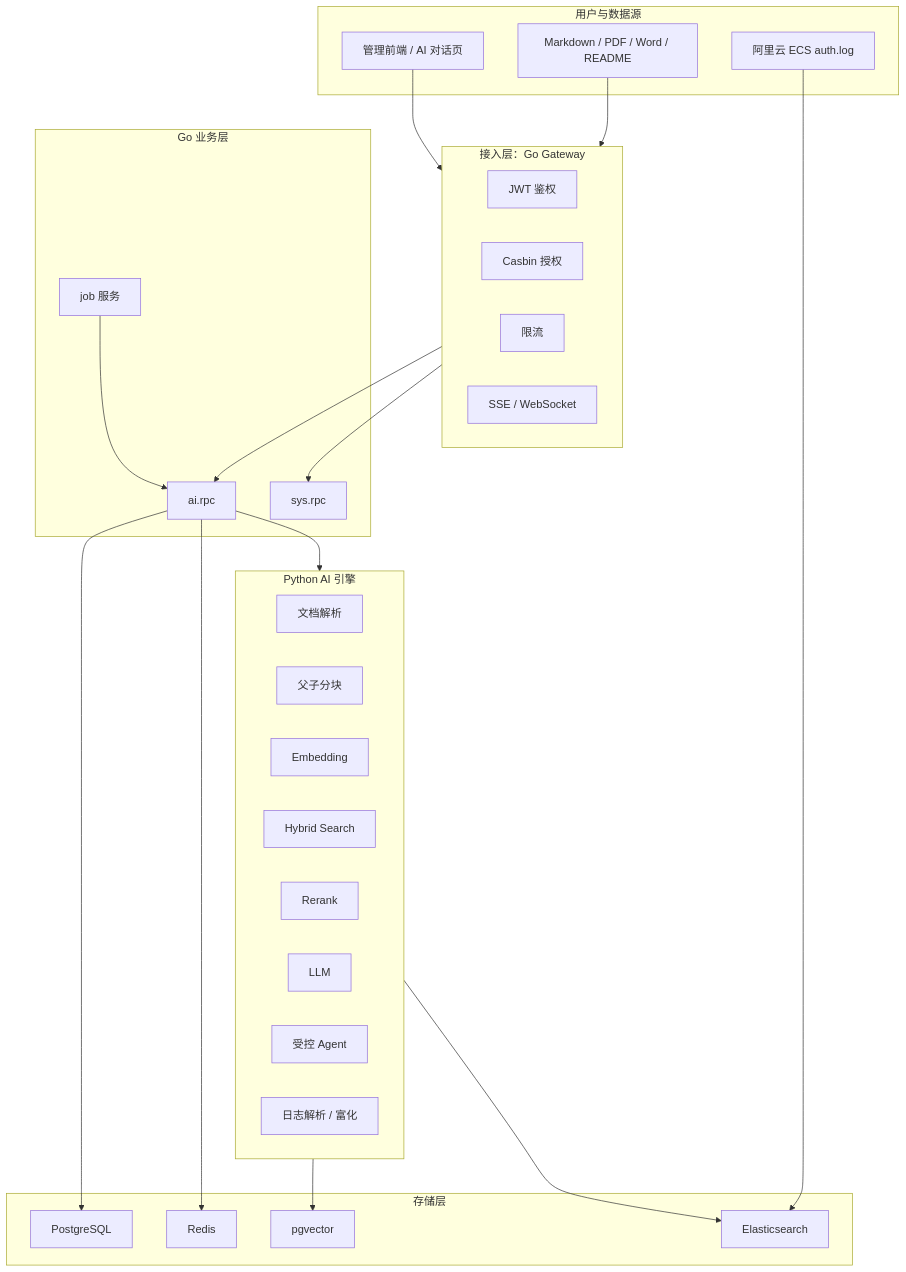
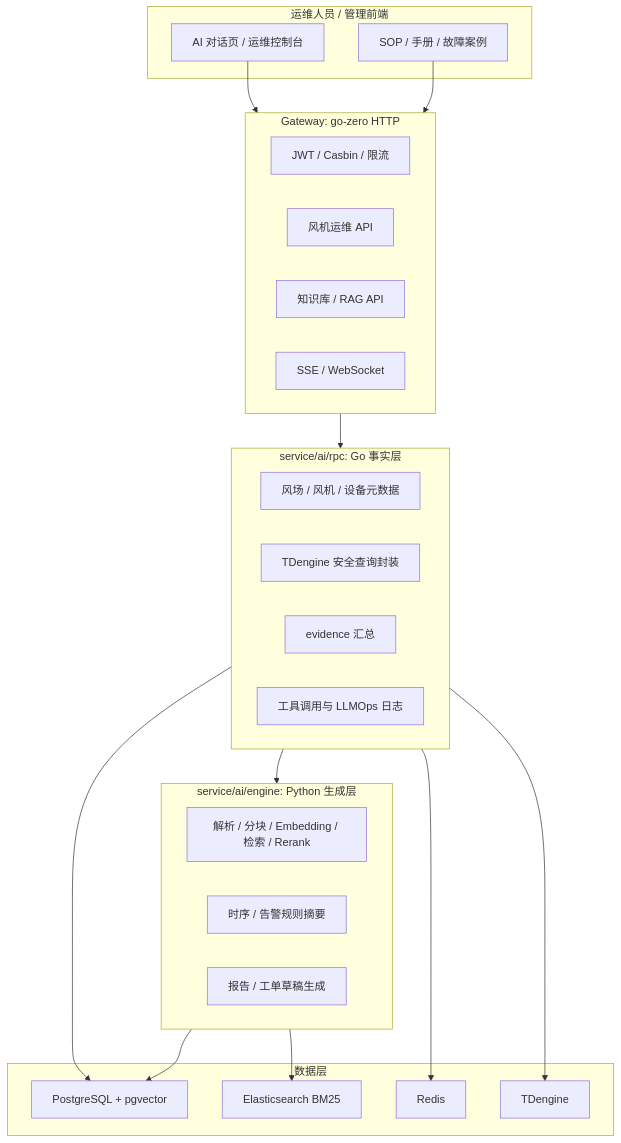
The diagram in README.md (tianyuanxiang/ai-copilot-platform), drawn with Mermaid before and after one commit. The commit also changed other lines of this file and 136 other files, not shown here.

````diff
--- a/README.md
+++ b/README.md
@@ -14,51 +34,44 @@
 ```mermaid
 flowchart TB
-    subgraph Source["用户与数据源"]
-        Web["管理前端 / AI 对话页"]
-        Docs["Markdown / PDF / Word / README"]
-        ECS["阿里云 ECS auth.log"]
+    subgraph User["运维人员 / 管理前端"]
+        Web["AI 对话页 / 运维控制台"]
+        Docs["SOP / 手册 / 故障案例"]
     end
 
-    subgraph Gateway["接入层：Go Gateway"]
-        Auth["JWT 鉴权"]
-        RBAC["Casbin 授权"]
-        RateLimit["限流"]
+    subgraph Gateway["Gateway: go-zero HTTP"]
+        Auth["JWT / Casbin / 限流"]
+        WindAPI["风机运维 API"]
+        KbAPI["知识库 / RAG API"]
         Stream["SSE / WebSocket"]
     end
 
-    subgraph GoLayer["Go 业务层"]
-        Sys["sys.rpc"]
-        Job["job 服务"]
-        AIRPC["ai.rpc"]
+    subgraph GoRPC["service/ai/rpc: Go 事实层"]
+        Metadata["风场 / 风机 / 设备元数据"]
+        Tdengine["TDengine 安全查询封装"]
+        Evidence["evidence 汇总"]
+        Audit["工具调用与 LLMOps 日志"]
     end
 
-    subgraph PythonLayer["Python AI 引擎"]
-        Parse["文档解析"]
-        Chunk["父子分块"]
-        Embed["Embedding"]
-        Retrieve["Hybrid Search"]
-        Rerank["Rerank"]
-        LLM["LLM"]
-        Agent["受控 Agent"]
-        Enrich["日志解析 / 富化"]
+    subgraph Python["service/ai/engine: Python 生成层"]
+        Rag["解析 / 分块 / Embedding / 检索 / Rerank"]
+        Summary["时序 / 告警规则摘要"]
+        Draft["报告 / 工单草稿生成"]
     end
 
-    subgraph Storage["存储层"]
-        PG["PostgreSQL"]
-        Vector["pgvector"]
-        ES["Elasticsearch"]
+    subgraph Storage["数据层"]
+        PG["PostgreSQL + pgvector"]
+        ES["Elasticsearch BM25"]
         Redis["Redis"]
+        TD["TDengine"]
     end
 
     Web --> Gateway
     Docs --> Gateway
-    ECS --> ES
-    Gateway --> AIRPC
-    Gateway --> Sys
-    AIRPC --> PythonLayer
-    AIRPC --> PG
-    AIRPC --> Redis
-    PythonLayer --> Vector
-    PythonLayer --> ES
-    Job --> AIRPC
+    Gateway --> GoRPC
+    GoRPC --> PG
+    GoRPC --> Redis
+    GoRPC --> TD
+    GoRPC --> Python
+    Python --> PG
+    Python --> ES
 ```
````
